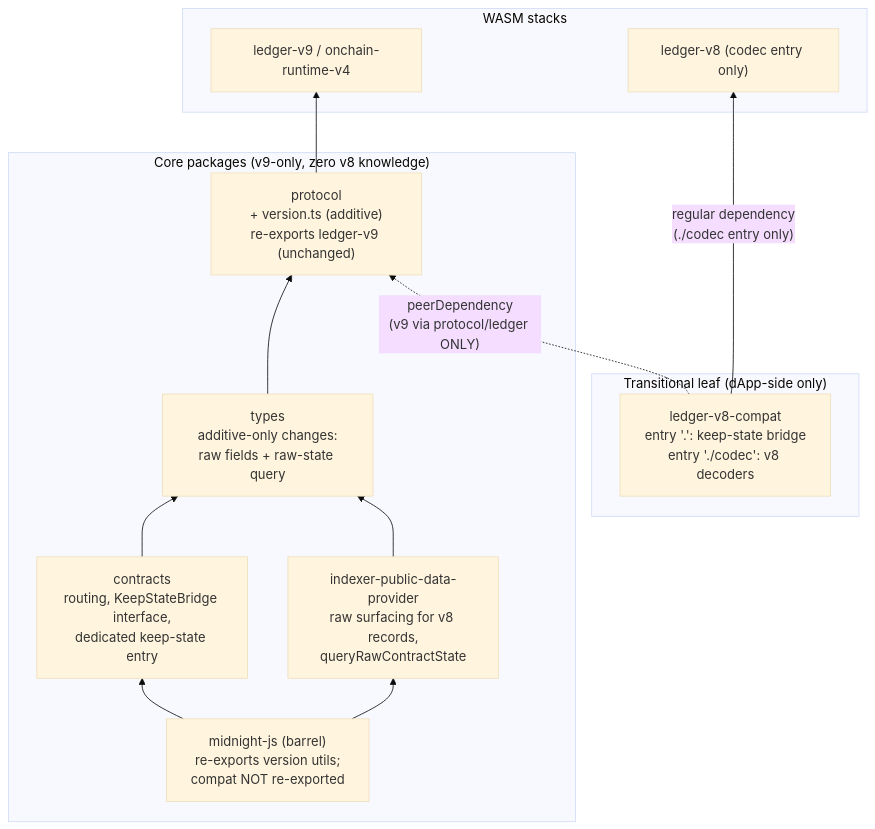
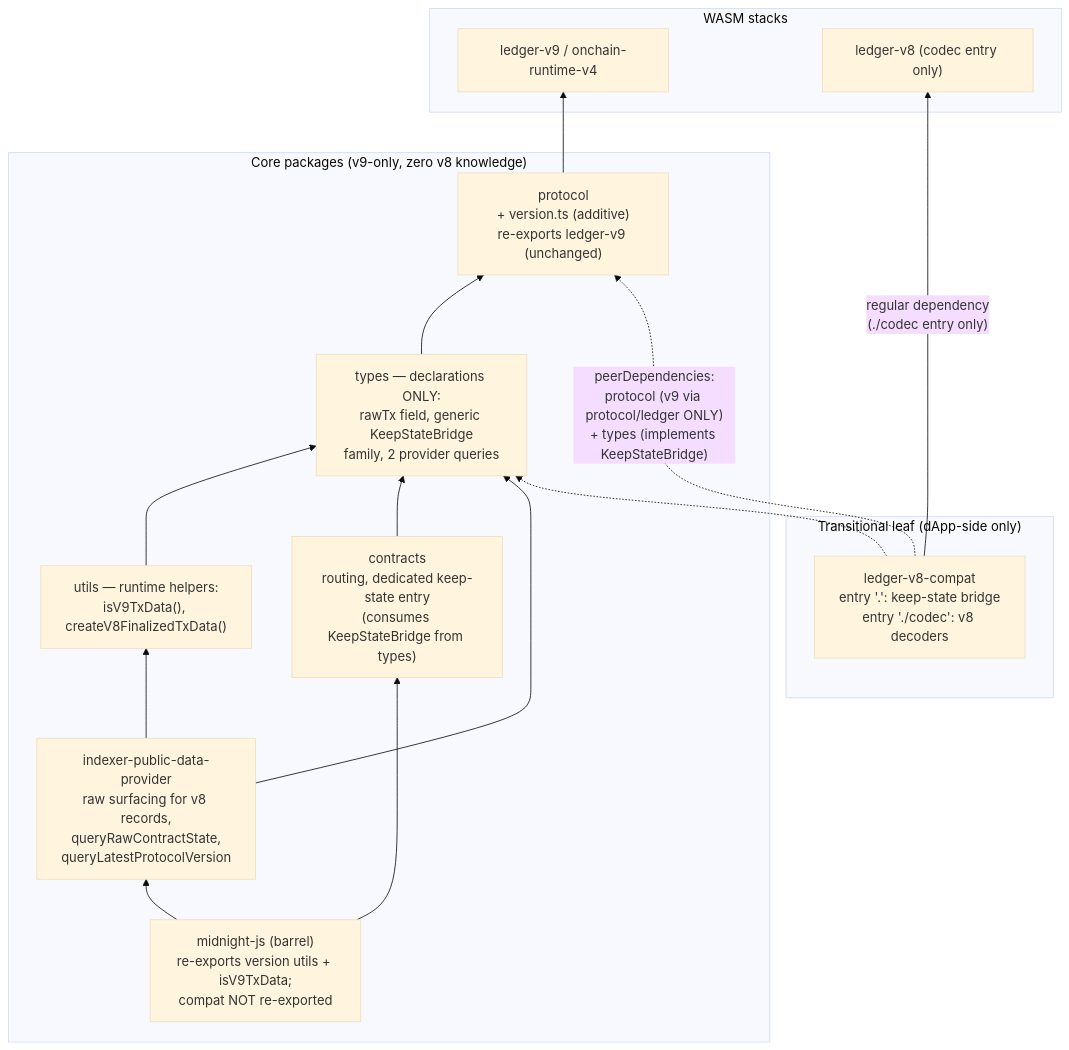
Before and after one commit to midnightntwrk/midnight-js: the third of 11 diagrams in docs/superpowers/architecture/2026-08-05-ledger-v8-v9-dual-support-architecture.md, drawn with Mermaid (base theme). The commit also changed other lines of this file and 1 other file, not shown here.

First line of the commit message:
docs: sync architecture doc to spec v3.6, fix mermaid render error

````diff
--- a/docs/superpowers/architecture/2026-08-05-ledger-v8-v9-dual-support-architecture.md
+++ b/docs/superpowers/architecture/2026-08-05-ledger-v8-v9-dual-support-architecture.md
@@ -98,28 +98,32 @@
 ```mermaid
 flowchart BT
     subgraph core["Core packages (v9-only, zero v8 knowledge)"]
         protocol["protocol<br/>+ version.ts (additive)<br/>re-exports ledger-v9 (unchanged)"]
-        types["types<br/>additive-only changes:<br/>raw fields + raw-state query"]
-        contracts["contracts<br/>routing, KeepStateBridge interface,<br/>dedicated keep-state entry"]
-        indexerprov["indexer-public-data-provider<br/>raw surfacing for v8 records,<br/>queryRawContractState"]
-        barrel["midnight-js (barrel)<br/>re-exports version utils;<br/>compat NOT re-exported"]
+        types["types — declarations ONLY:<br/>rawTx field, generic KeepStateBridge<br/>family, 2 provider queries"]
+        utils["utils — runtime helpers:<br/>isV9TxData(), createV8FinalizedTxData()"]
+        contracts["contracts<br/>routing, dedicated keep-state entry<br/>(consumes KeepStateBridge from types)"]
+        indexerprov["indexer-public-data-provider<br/>raw surfacing for v8 records,<br/>queryRawContractState,<br/>queryLatestProtocolVersion"]
+        barrel["midnight-js (barrel)<br/>re-exports version utils + isV9TxData;<br/>compat NOT re-exported"]
     end
 
     subgraph leaf["Transitional leaf (dApp-side only)"]
         compat["ledger-v8-compat<br/>entry '.': keep-state bridge<br/>entry './codec': v8 decoders"]
     end
 
     subgraph wasm["WASM stacks"]
         v9["ledger-v9 / onchain-runtime-v4"]
         v8["ledger-v8 (codec entry only)"]
     end
 
     types --> protocol
+    utils --> types
     contracts --> types
     indexerprov --> types
+    indexerprov --> utils
     barrel --> contracts
     barrel --> indexerprov
     protocol --> v9
-    compat -. "peerDependency<br/>(v9 via protocol/ledger ONLY)" .-> protocol
+    compat -. "peerDependencies:<br/>protocol (v9 via protocol/ledger ONLY)<br/>+ types (implements KeepStateBridge)" .-> protocol
+    compat -.-> types
     compat -- "regular dependency<br/>(./codec entry only)" --> v8
 ```
````
